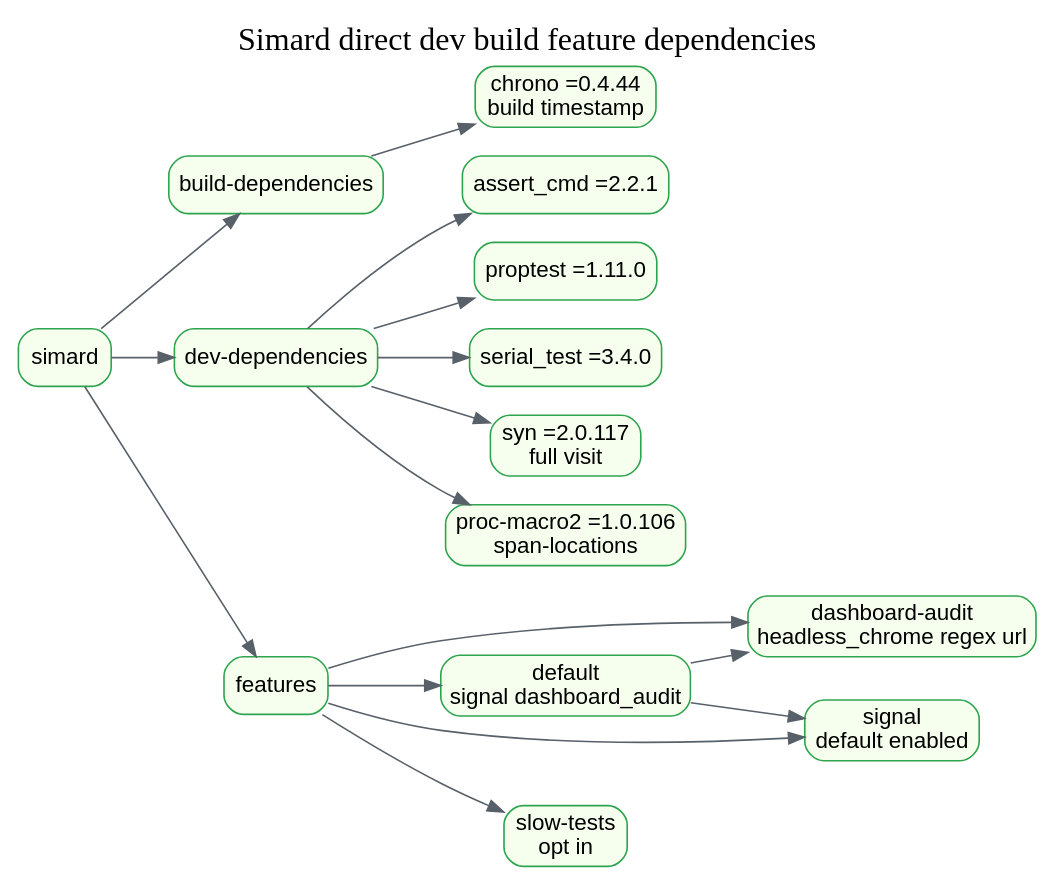
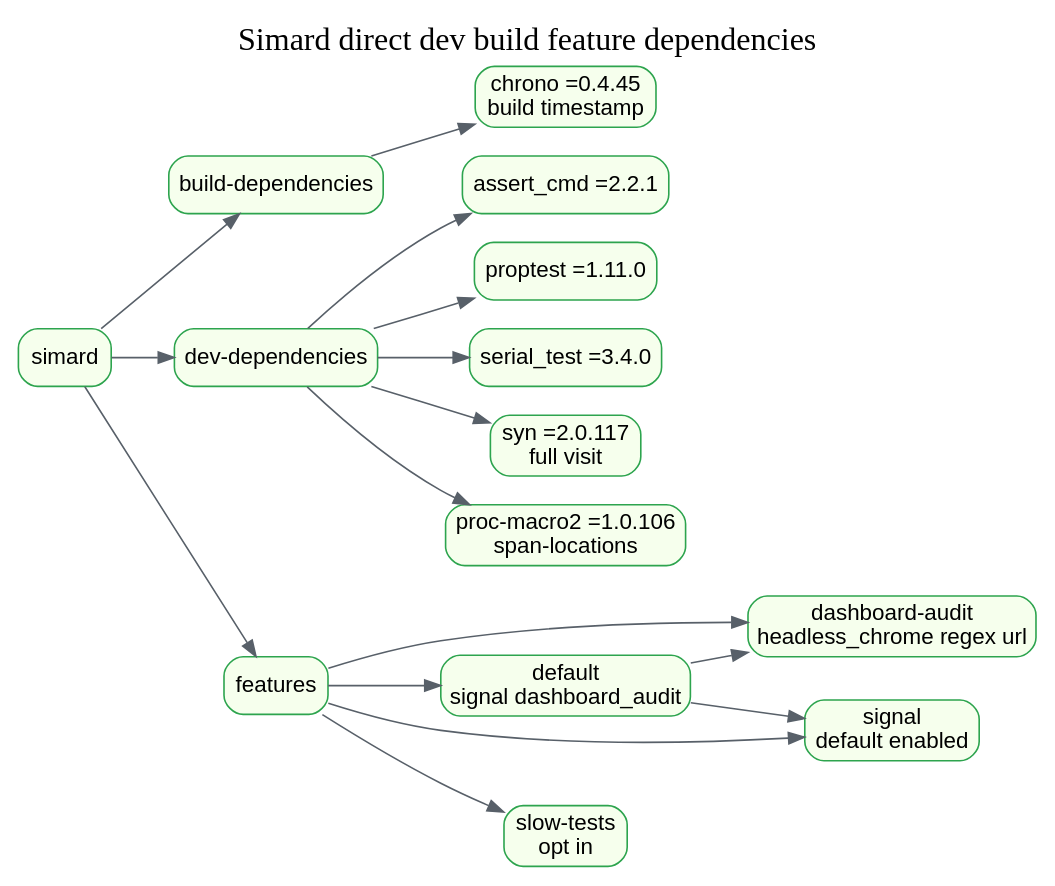
One commit to rysweet/Simard changed the diagram in docs/atlas/compile-deps/compile-deps-external-dev-build.dot. Above: the diagram before and after it, drawn with Graphviz. The commit also changed 8 other files, not shown here.

```diff
--- a/docs/atlas/compile-deps/compile-deps-external-dev-build.dot
+++ b/docs/atlas/compile-deps/compile-deps-external-dev-build.dot
@@ -1,26 +1,26 @@
 digraph compile_deps_external_dev_build {
     graph [rankdir=LR, labelloc="t", label="Simard direct dev build feature dependencies", fontsize=20];
     node [shape=box, style="rounded,filled", fillcolor="#f6ffed", color="#2da44e", fontname="Arial"];
     edge [color="#586069", fontname="Arial"];
 
     simard [label="simard"];
     build_deps [label="build-dependencies"];
     dev_deps [label="dev-dependencies"];
     features [label="features"];
-    chrono_build [label="chrono =0.4.44\nbuild timestamp"];
+    chrono_build [label="chrono =0.4.45\nbuild timestamp"];
     assert_cmd [label="assert_cmd =2.2.1"];
     proptest [label="proptest =1.11.0"];
     serial_test [label="serial_test =3.4.0"];
     syn [label="syn =2.0.117\nfull visit"];
     proc_macro2 [label="proc-macro2 =1.0.106\nspan-locations"];
     default_feature [label="default\nsignal dashboard_audit"];
     slow_tests [label="slow-tests\nopt in"];
     dashboard_audit [label="dashboard-audit\nheadless_chrome regex url"];
     signal [label="signal\ndefault enabled"];
 
     simard -> {build_deps dev_deps features};
     build_deps -> chrono_build;
     dev_deps -> {assert_cmd proptest serial_test syn proc_macro2};
     features -> {default_feature slow_tests dashboard_audit signal};
     default_feature -> {signal dashboard_audit};
 }
```
